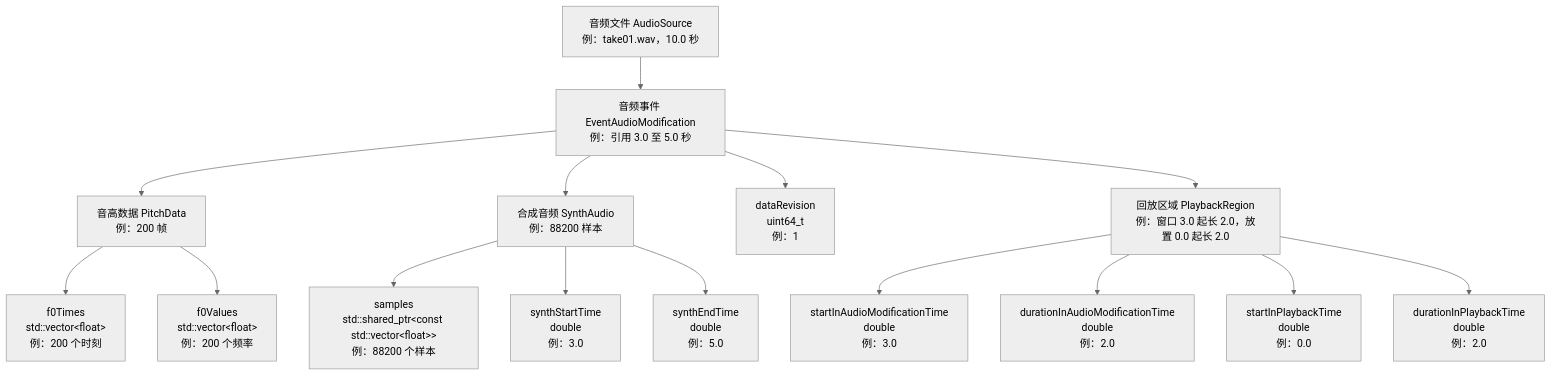
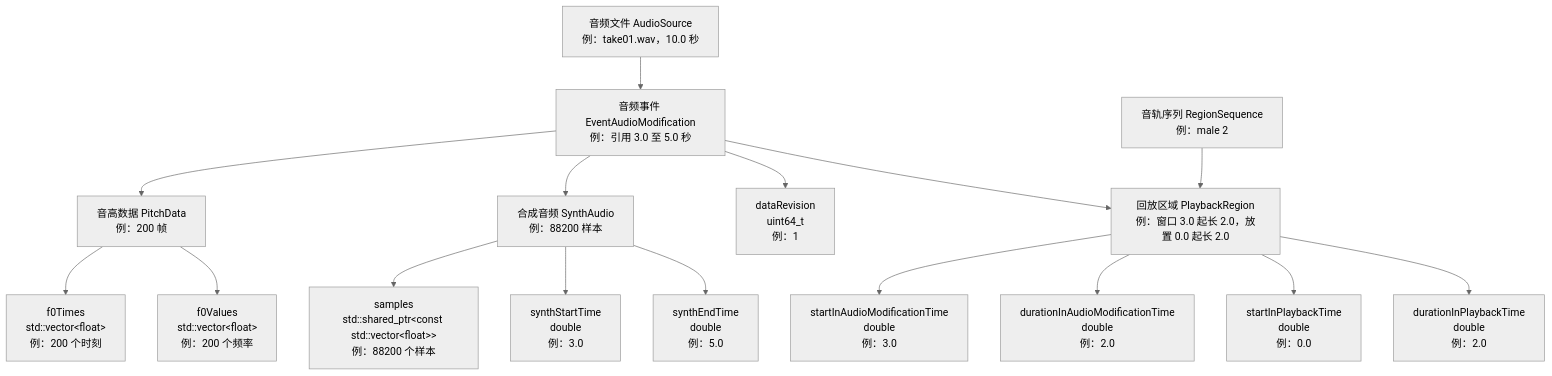
Before and after one commit to Da1sypetals/deepsvc: the diagram in docs/data-structure.md, drawn with Mermaid (neutral theme). The commit also changed other lines of this file and 3 other files, not shown here.

````diff
--- a/docs/data-structure.md
+++ b/docs/data-structure.md
@@ -32,17 +40,18 @@
 ```mermaid
 graph TD
     Source["音频文件 AudioSource<br/>例：take01.wav，10.0 秒"] --> Event["音频事件 EventAudioModification<br/>例：引用 3.0 至 5.0 秒"]
     Event --> Pitch["音高数据 PitchData<br/>例：200 帧"]
     Event --> Synth["合成音频 SynthAudio<br/>例：88200 样本"]
     Event --> Revision["dataRevision<br/>uint64_t<br/>例：1"]
     Event --> Region["回放区域 PlaybackRegion<br/>例：窗口 3.0 起长 2.0，放置 0.0 起长 2.0"]
+    Seq["音轨序列 RegionSequence<br/>例：male 2"] --> Region
     Pitch --> FT["f0Times<br/>std::vector&lt;float&gt;<br/>例：200 个时刻"]
     Pitch --> FV["f0Values<br/>std::vector&lt;float&gt;<br/>例：200 个频率"]
     Synth --> SM["samples<br/>std::shared_ptr&lt;const std::vector&lt;float&gt;&gt;<br/>例：88200 个样本"]
     Synth --> ST["synthStartTime<br/>double<br/>例：3.0"]
     Synth --> SE["synthEndTime<br/>double<br/>例：5.0"]
     Region --> WS["startInAudioModificationTime<br/>double<br/>例：3.0"]
     Region --> WD["durationInAudioModificationTime<br/>double<br/>例：2.0"]
     Region --> PS["startInPlaybackTime<br/>double<br/>例：0.0"]
     Region --> PD["durationInPlaybackTime<br/>double<br/>例：2.0"]
 ```
````
